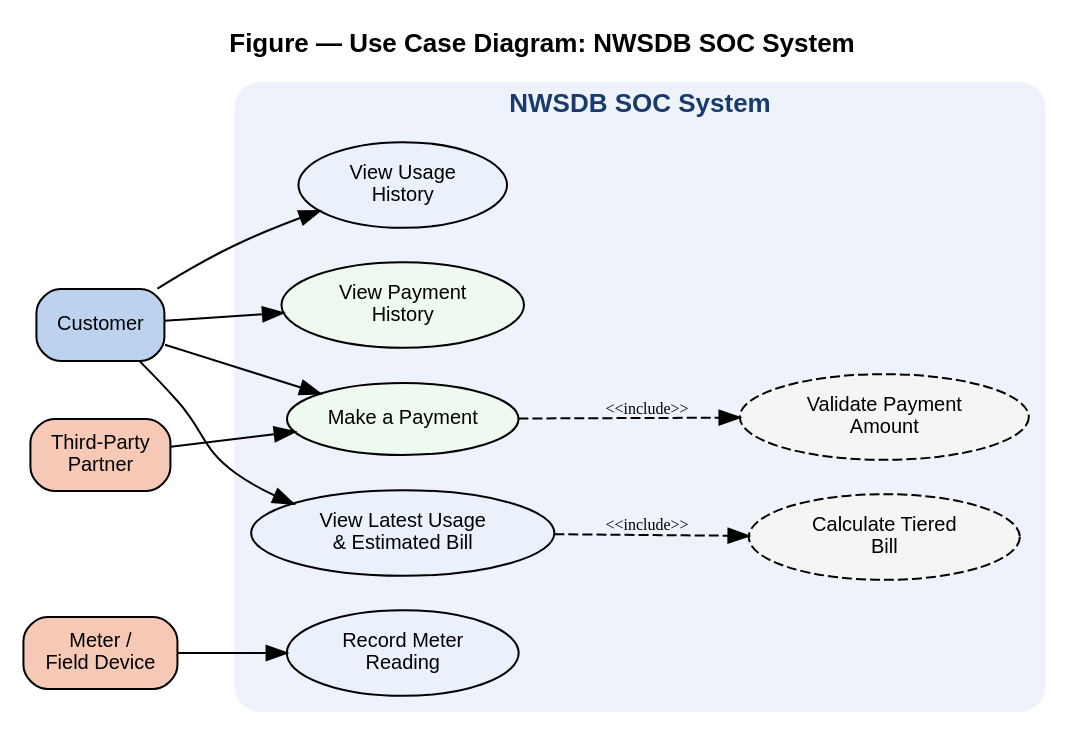
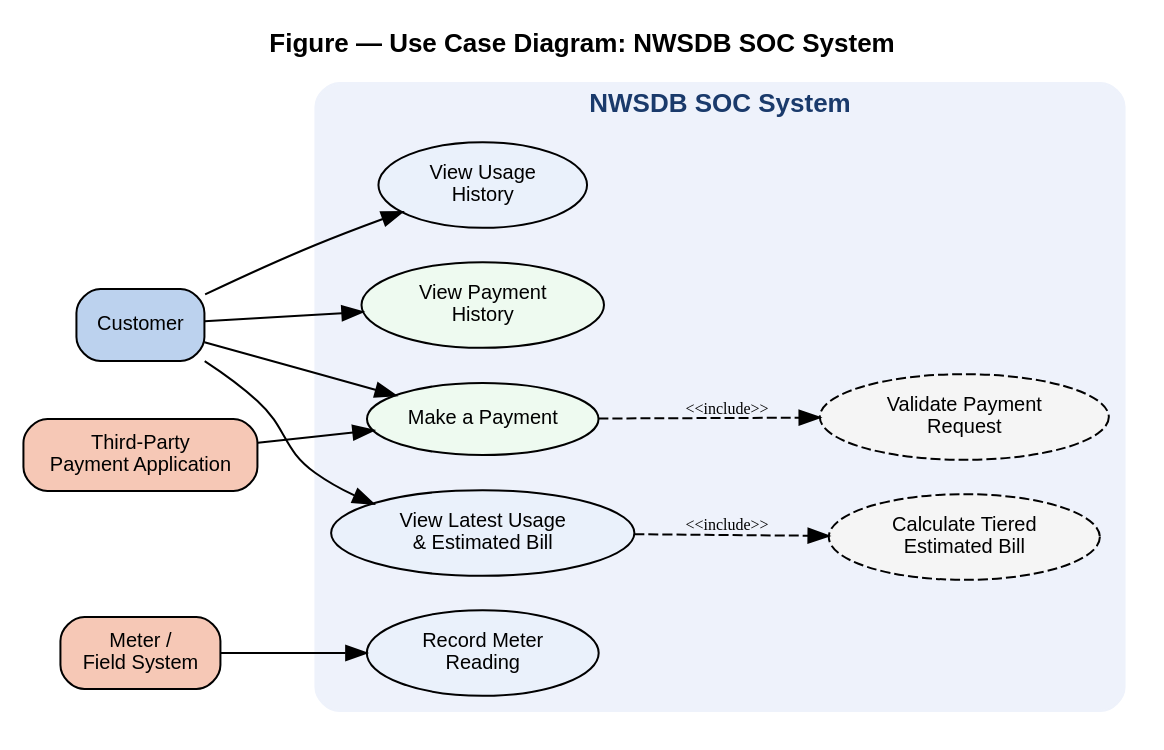
One commit to LinukaBandara/nwsdb-soc changed the diagram in docs/diagrams/usecase.dot. Above: the diagram before and after it, drawn with Graphviz.

Commit message:
docs: refine use case actors and validation wording

```diff
--- a/docs/diagrams/usecase.dot
+++ b/docs/diagrams/usecase.dot
@@ -1,34 +1,37 @@
 digraph UseCase {
     rankdir=LR;
     bgcolor="white";
     fontname="Helvetica";
     node [fontname="Helvetica" fontsize=10];
 
     subgraph cluster_system {
         label="NWSDB SOC System";
         fontname="Helvetica-Bold"; fontsize=13; fontcolor="#1A3A6B";
         style="rounded,filled"; color="#eef2fb";
 
         UC1 [label="Make a Payment" shape=ellipse style=filled fillcolor="#eefaf0"];
         UC2 [label="View Payment\nHistory" shape=ellipse style=filled fillcolor="#eefaf0"];
         UC3 [label="Record Meter\nReading" shape=ellipse style=filled fillcolor="#eaf1fb"];
         UC4 [label="View Latest Usage\n& Estimated Bill" shape=ellipse style=filled fillcolor="#eaf1fb"];
         UC5 [label="View Usage\nHistory" shape=ellipse style=filled fillcolor="#eaf1fb"];
-        UC6 [label="Validate Payment\nAmount" shape=ellipse style="filled,dashed" fillcolor="#f5f5f5"];
-        UC7 [label="Calculate Tiered\nBill" shape=ellipse style="filled,dashed" fillcolor="#f5f5f5"];
+        UC6 [label="Validate Payment\nRequest" shape=ellipse style="filled,dashed" fillcolor="#f5f5f5"];
+        UC7 [label="Calculate Tiered\nEstimated Bill" shape=ellipse style="filled,dashed" fillcolor="#f5f5f5"];
     }
 
     Customer [label="Customer" shape=box style="rounded,filled" fillcolor="#bcd2ee"];
-    Partner [label="Third-Party\nPartner" shape=box style="rounded,filled" fillcolor="#f6c8b6"];
-    Meter [label="Meter /\nField Device" shape=box style="rounded,filled" fillcolor="#f6c8b6"];
+    Partner [label="Third-Party\nPayment Application" shape=box style="rounded,filled" fillcolor="#f6c8b6"];
+    Meter [label="Meter /\nField System" shape=box style="rounded,filled" fillcolor="#f6c8b6"];
 
-    Customer -> UC1; Customer -> UC2; Customer -> UC4; Customer -> UC5;
+    Customer -> UC1;
+    Customer -> UC2;
+    Customer -> UC4;
+    Customer -> UC5;
     Partner -> UC1;
     Meter -> UC3;
 
     UC1 -> UC6 [style=dashed label="<<include>>" fontsize=8];
     UC4 -> UC7 [style=dashed label="<<include>>" fontsize=8];
 
     label="Figure — Use Case Diagram: NWSDB SOC System";
     fontsize=13; fontname="Helvetica-Bold"; labelloc=t;
 }
```
